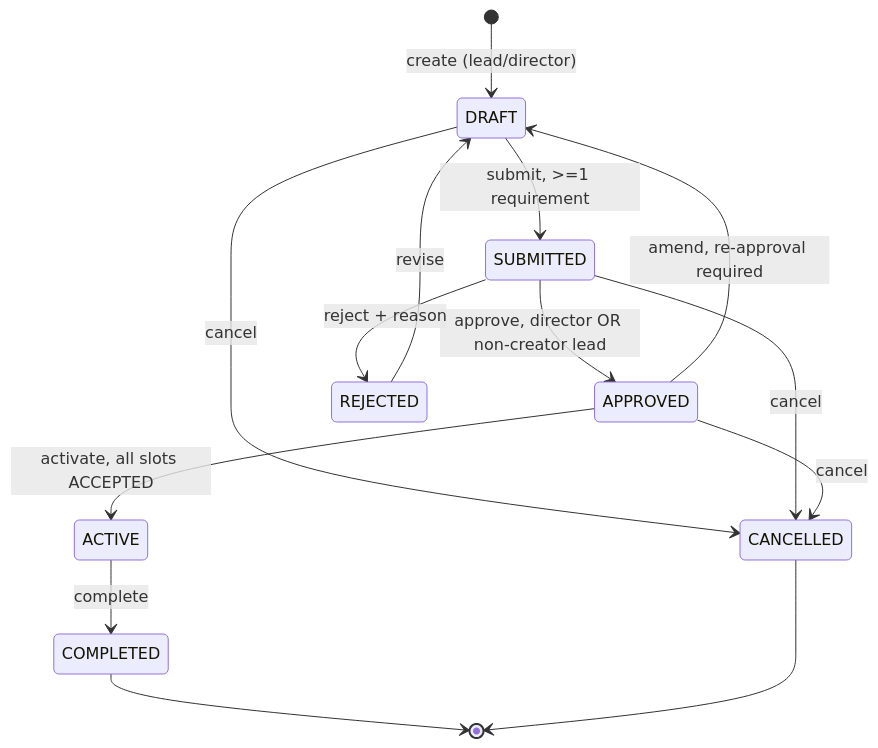
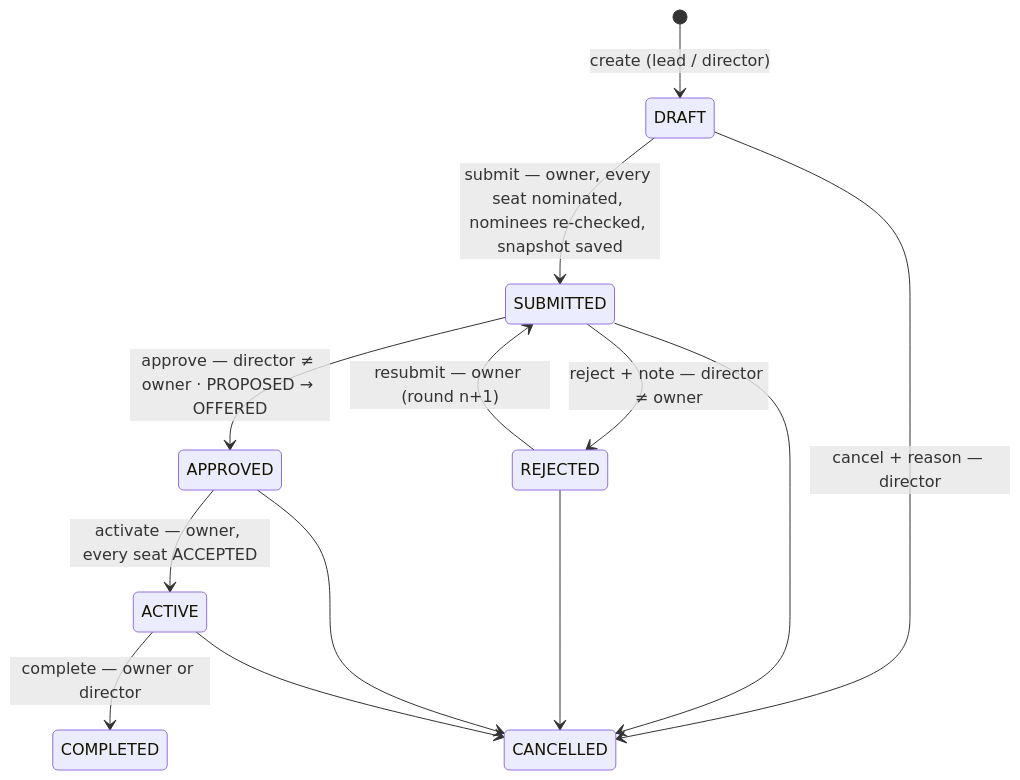
Before and after one commit to shubhmehta3121/mission-control: the third of 5 diagrams in DESIGN.md, drawn with Mermaid. The commit also changed other lines of this file, not shown here.

````diff
--- a/DESIGN.md
+++ b/DESIGN.md
@@ -219,16 +331,15 @@
 ```mermaid
 stateDiagram-v2
-    [*] --> DRAFT : create (lead/director)
-    DRAFT --> SUBMITTED : submit, >=1 requirement
-    SUBMITTED --> APPROVED : approve, director OR non-creator lead
-    SUBMITTED --> REJECTED : reject + reason
-    REJECTED --> DRAFT : revise
-    APPROVED --> ACTIVE : activate, all slots ACCEPTED
-    APPROVED --> DRAFT : amend, re-approval required
-    ACTIVE --> COMPLETED : complete
-    DRAFT --> CANCELLED : cancel
-    SUBMITTED --> CANCELLED : cancel
-    APPROVED --> CANCELLED : cancel
-    COMPLETED --> [*]
-    CANCELLED --> [*]
+    [*] --> DRAFT : create (lead / director)
+    DRAFT --> SUBMITTED : submit — owner, every seat nominated, nominees re-checked, snapshot saved
+    REJECTED --> SUBMITTED : resubmit — owner (round n+1)
+    SUBMITTED --> APPROVED : approve — director ≠ owner · PROPOSED → OFFERED
+    SUBMITTED --> REJECTED : reject + note — director ≠ owner
+    APPROVED --> ACTIVE : activate — owner, every seat ACCEPTED
+    ACTIVE --> COMPLETED : complete — owner or director
+    DRAFT --> CANCELLED : cancel + reason — director
+    SUBMITTED --> CANCELLED
+    REJECTED --> CANCELLED
+    APPROVED --> CANCELLED
+    ACTIVE --> CANCELLED
 ```
````
